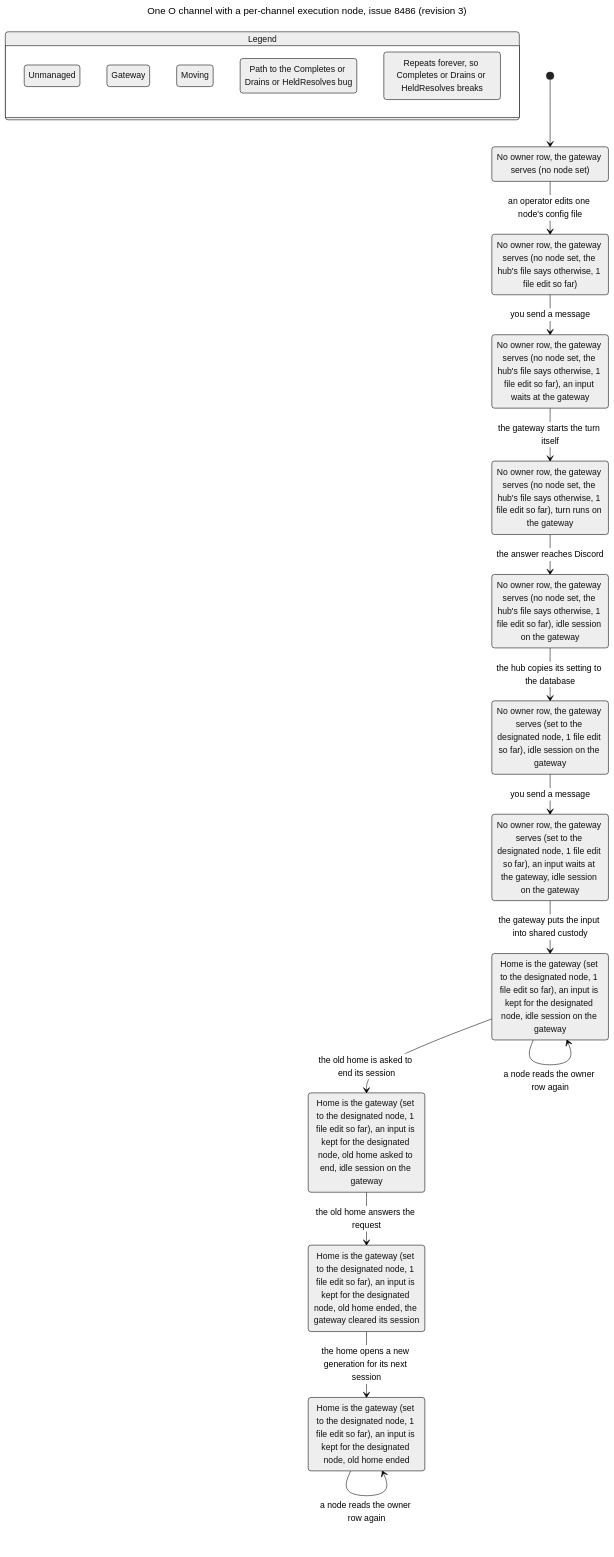
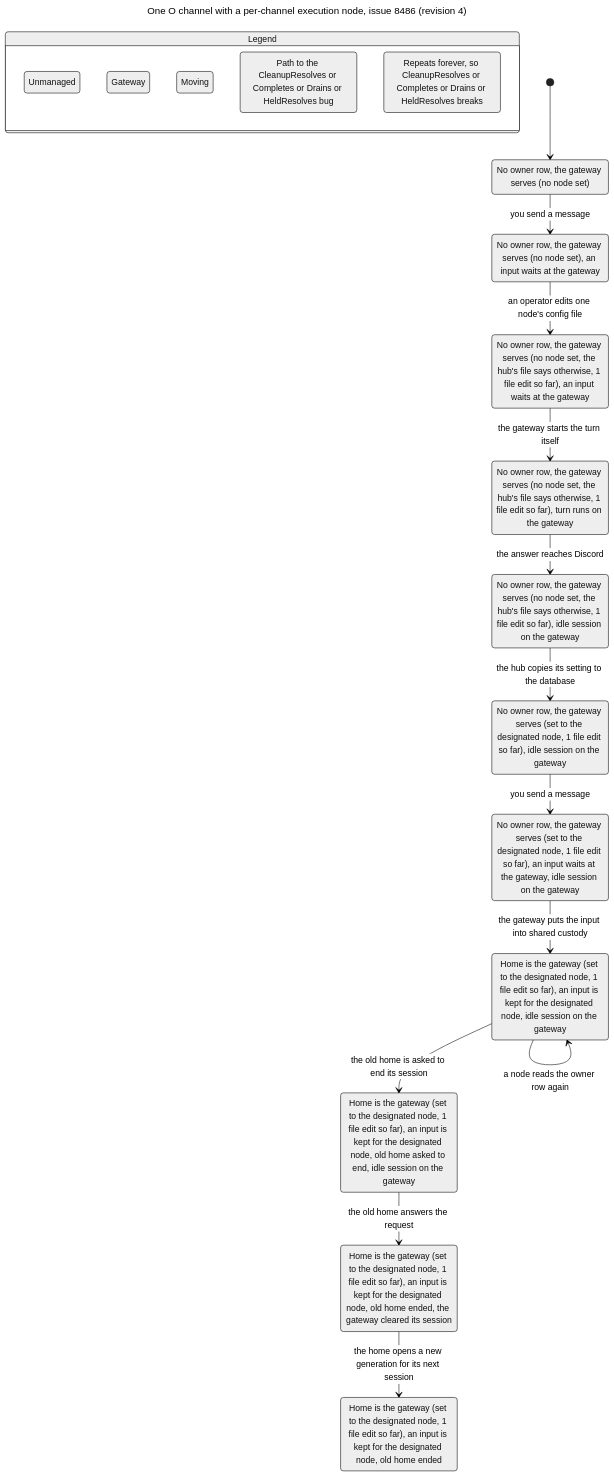
The diagram in docs/statecharts/gateway-lease/channel-home-renewrace.chart.mmd (itismyfield/AgentDesk), drawn with Mermaid (neutral theme) before and after one commit. The commit also changed 52 other files, not shown here.

```diff
--- a/docs/statecharts/gateway-lease/channel-home-renewrace.chart.mmd
+++ b/docs/statecharts/gateway-lease/channel-home-renewrace.chart.mmd
@@ -1,63 +1,61 @@
 ---
-title: "One O channel with a per-channel execution node, issue 8486 (revision 3)"
+title: "One O channel with a per-channel execution node, issue 8486 (revision 4)"
 ---
 stateDiagram-v2
   state "Legend" as legend {
     lg0: Unmanaged
     lg1: Gateway
     lg2: Moving
-    lg3: Path to the Completes or Drains or HeldResolves bug
-    lg4: Repeats forever, so Completes or Drains or HeldResolves breaks
+    lg3: Path to the CleanupResolves or Completes or Drains or HeldResolves bug
+    lg4: Repeats forever, so CleanupResolves or Completes or Drains or HeldResolves breaks
   }
   class lg0 tan
   class lg1 blue
   class lg2 pink
   class lg3 bugPath
   class lg4 repeats
   s0: No owner row, the gateway serves (no node set)
-  s1: No owner row, the gateway serves (no node set, the hub's file says otherwise, 1 file edit so far)
+  s1: No owner row, the gateway serves (no node set), an input waits at the gateway
   s2: No owner row, the gateway serves (no node set, the hub's file says otherwise, 1 file edit so far), an input waits at the gateway
   s3: No owner row, the gateway serves (no node set, the hub's file says otherwise, 1 file edit so far), turn runs on the gateway
   s4: No owner row, the gateway serves (no node set, the hub's file says otherwise, 1 file edit so far), idle session on the gateway
   s5: No owner row, the gateway serves (set to the designated node, 1 file edit so far), idle session on the gateway
   s6: No owner row, the gateway serves (set to the designated node, 1 file edit so far), an input waits at the gateway, idle session on the gateway
   s7: Home is the gateway (set to the designated node, 1 file edit so far), an input is kept for the designated node, idle session on the gateway
   s8: Home is the gateway (set to the designated node, 1 file edit so far), an input is kept for the designated node, old home asked to end, idle session on the gateway
   s9: Home is the gateway (set to the designated node, 1 file edit so far), an input is kept for the designated node, old home ended, the gateway cleared its session
   s10: Home is the gateway (set to the designated node, 1 file edit so far), an input is kept for the designated node, old home ended
   [*] --> s0
-  s0 --> s1: an operator edits one node's config file
-  s1 --> s2: you send a message
+  s0 --> s1: you send a message
+  s1 --> s2: an operator edits one node's config file
   s2 --> s3: the gateway starts the turn itself
   s3 --> s4: the answer reaches Discord
   s4 --> s5: the hub copies its setting to the database
   s5 --> s6: you send a message
   s6 --> s7: the gateway puts the input into shared custody
+  s7 --> s7: a node reads the owner row again
   s7 --> s8: the old home is asked to end its session
-  s7 --> s7: a node reads the owner row again
   s8 --> s9: the old home answers the request
   s9 --> s10: the home opens a new generation for its next session
-  s10 --> s10: a node reads the owner row again
   class s0 tan
   class s0 bugPath
   class s1 tan
   class s1 bugPath
   class s2 tan
   class s2 bugPath
   class s3 tan
   class s3 bugPath
   class s4 tan
   class s4 bugPath
   class s5 tan
   class s5 bugPath
   class s6 tan
   class s6 bugPath
   class s7 blue
   class s7 bugPath
   class s8 pink
   class s8 bugPath
   class s9 pink
   class s9 bugPath
   class s10 pink
-  class s10 bugPath
   class s10 repeats
```
